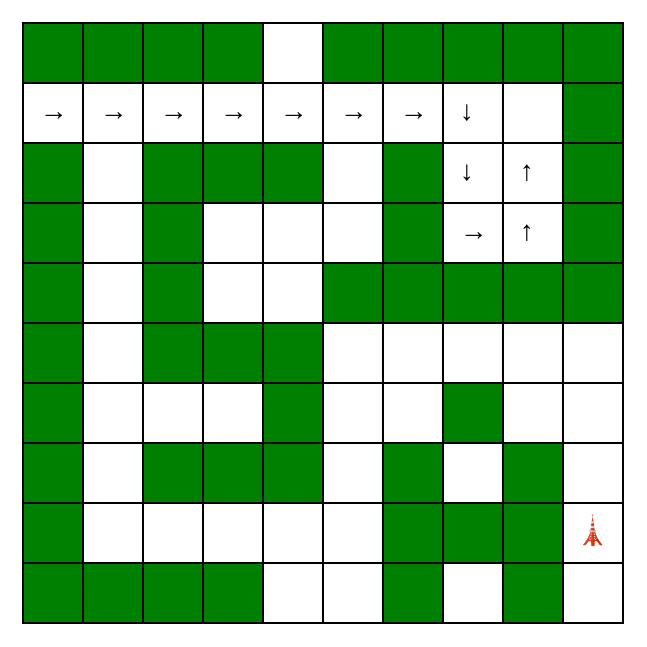
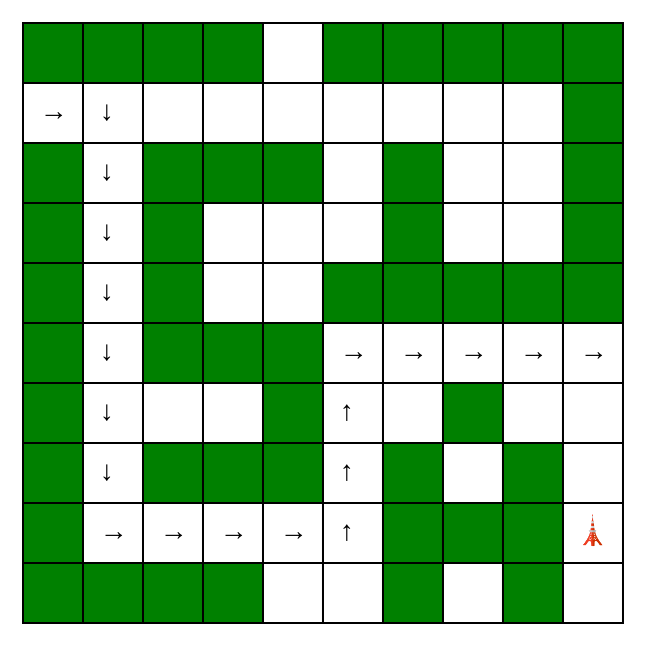
One commit to Changyue-Tan/COMP9024 changed the diagram in tut/week10/images/HtmlMaze_0062.dot. Above: the diagram before and after it, drawn with Graphviz. The commit also changed 342 other files, not shown here.

```diff
--- a/tut/week10/images/HtmlMaze_0062.dot
+++ b/tut/week10/images/HtmlMaze_0062.dot
@@ -1,126 +1,126 @@
 digraph maze { 
 Maze [shape=none, margin=0, label=< 
 <table border="0" cellborder="1" cellspacing="0" cellpadding="0"> 
 <tr> 
 <td width="30" height="30" bgcolor="green"></td> 
 <td width="30" height="30" bgcolor="green"></td> 
 <td width="30" height="30" bgcolor="green"></td> 
 <td width="30" height="30" bgcolor="green"></td> 
 <td width="30" height="30" bgcolor="white"></td> 
 <td width="30" height="30" bgcolor="green"></td> 
 <td width="30" height="30" bgcolor="green"></td> 
 <td width="30" height="30" bgcolor="green"></td> 
 <td width="30" height="30" bgcolor="green"></td> 
 <td width="30" height="30" bgcolor="green"></td> 
 </tr> 
 <tr> 
 <td width="30" height="30">&#x2192;</td> 
-<td width="30" height="30">&#x2192;</td> 
-<td width="30" height="30">&#x2192;</td> 
-<td width="30" height="30">&#x2192;</td> 
-<td width="30" height="30">&#x2192;</td> 
-<td width="30" height="30">&#x2192;</td> 
-<td width="30" height="30">&#x2192;</td> 
 <td width="30" height="30">&#x2193;</td> 
+<td width="30" height="30" bgcolor="white"></td> 
+<td width="30" height="30" bgcolor="white"></td> 
+<td width="30" height="30" bgcolor="white"></td> 
+<td width="30" height="30" bgcolor="white"></td> 
+<td width="30" height="30" bgcolor="white"></td> 
+<td width="30" height="30" bgcolor="white"></td> 
 <td width="30" height="30" bgcolor="white"></td> 
 <td width="30" height="30" bgcolor="green"></td> 
 </tr> 
 <tr> 
 <td width="30" height="30" bgcolor="green"></td> 
-<td width="30" height="30" bgcolor="white"></td> 
+<td width="30" height="30">&#x2193;</td> 
 <td width="30" height="30" bgcolor="green"></td> 
 <td width="30" height="30" bgcolor="green"></td> 
 <td width="30" height="30" bgcolor="green"></td> 
 <td width="30" height="30" bgcolor="white"></td> 
 <td width="30" height="30" bgcolor="green"></td> 
-<td width="30" height="30">&#x2193;</td> 
-<td width="30" height="30">&#x2191;</td> 
+<td width="30" height="30" bgcolor="white"></td> 
+<td width="30" height="30" bgcolor="white"></td> 
 <td width="30" height="30" bgcolor="green"></td> 
 </tr> 
 <tr> 
 <td width="30" height="30" bgcolor="green"></td> 
-<td width="30" height="30" bgcolor="white"></td> 
+<td width="30" height="30">&#x2193;</td> 
 <td width="30" height="30" bgcolor="green"></td> 
 <td width="30" height="30" bgcolor="white"></td> 
 <td width="30" height="30" bgcolor="white"></td> 
 <td width="30" height="30" bgcolor="white"></td> 
 <td width="30" height="30" bgcolor="green"></td> 
-<td width="30" height="30">&#x2192;</td> 
-<td width="30" height="30">&#x2191;</td> 
+<td width="30" height="30" bgcolor="white"></td> 
+<td width="30" height="30" bgcolor="white"></td> 
 <td width="30" height="30" bgcolor="green"></td> 
 </tr> 
 <tr> 
 <td width="30" height="30" bgcolor="green"></td> 
-<td width="30" height="30" bgcolor="white"></td> 
+<td width="30" height="30">&#x2193;</td> 
 <td width="30" height="30" bgcolor="green"></td> 
 <td width="30" height="30" bgcolor="white"></td> 
 <td width="30" height="30" bgcolor="white"></td> 
 <td width="30" height="30" bgcolor="green"></td> 
 <td width="30" height="30" bgcolor="green"></td> 
 <td width="30" height="30" bgcolor="green"></td> 
 <td width="30" height="30" bgcolor="green"></td> 
 <td width="30" height="30" bgcolor="green"></td> 
 </tr> 
 <tr> 
 <td width="30" height="30" bgcolor="green"></td> 
-<td width="30" height="30" bgcolor="white"></td> 
+<td width="30" height="30">&#x2193;</td> 
 <td width="30" height="30" bgcolor="green"></td> 
 <td width="30" height="30" bgcolor="green"></td> 
 <td width="30" height="30" bgcolor="green"></td> 
-<td width="30" height="30" bgcolor="white"></td> 
-<td width="30" height="30" bgcolor="white"></td> 
-<td width="30" height="30" bgcolor="white"></td> 
-<td width="30" height="30" bgcolor="white"></td> 
-<td width="30" height="30" bgcolor="white"></td> 
+<td width="30" height="30">&#x2192;</td> 
+<td width="30" height="30">&#x2192;</td> 
+<td width="30" height="30">&#x2192;</td> 
+<td width="30" height="30">&#x2192;</td> 
+<td width="30" height="30">&#x2192;</td> 
 </tr> 
 <tr> 
 <td width="30" height="30" bgcolor="green"></td> 
-<td width="30" height="30" bgcolor="white"></td> 
+<td width="30" height="30">&#x2193;</td> 
 <td width="30" height="30" bgcolor="white"></td> 
 <td width="30" height="30" bgcolor="white"></td> 
 <td width="30" height="30" bgcolor="green"></td> 
-<td width="30" height="30" bgcolor="white"></td> 
+<td width="30" height="30">&#x2191;</td> 
 <td width="30" height="30" bgcolor="white"></td> 
 <td width="30" height="30" bgcolor="green"></td> 
 <td width="30" height="30" bgcolor="white"></td> 
 <td width="30" height="30" bgcolor="white"></td> 
 </tr> 
 <tr> 
 <td width="30" height="30" bgcolor="green"></td> 
-<td width="30" height="30" bgcolor="white"></td> 
+<td width="30" height="30">&#x2193;</td> 
 <td width="30" height="30" bgcolor="green"></td> 
 <td width="30" height="30" bgcolor="green"></td> 
 <td width="30" height="30" bgcolor="green"></td> 
-<td width="30" height="30" bgcolor="white"></td> 
+<td width="30" height="30">&#x2191;</td> 
 <td width="30" height="30" bgcolor="green"></td> 
 <td width="30" height="30" bgcolor="white"></td> 
 <td width="30" height="30" bgcolor="green"></td> 
 <td width="30" height="30" bgcolor="white"></td> 
 </tr> 
 <tr> 
 <td width="30" height="30" bgcolor="green"></td> 
-<td width="30" height="30" bgcolor="white"></td> 
-<td width="30" height="30" bgcolor="white"></td> 
-<td width="30" height="30" bgcolor="white"></td> 
-<td width="30" height="30" bgcolor="white"></td> 
-<td width="30" height="30" bgcolor="white"></td> 
+<td width="30" height="30">&#x2192;</td> 
+<td width="30" height="30">&#x2192;</td> 
+<td width="30" height="30">&#x2192;</td> 
+<td width="30" height="30">&#x2192;</td> 
+<td width="30" height="30">&#x2191;</td> 
 <td width="30" height="30" bgcolor="green"></td> 
 <td width="30" height="30" bgcolor="green"></td> 
 <td width="30" height="30" bgcolor="green"></td> 
 <td width="30" height="30">&#128508;</td> 
 </tr> 
 <tr> 
 <td width="30" height="30" bgcolor="green"></td> 
 <td width="30" height="30" bgcolor="green"></td> 
 <td width="30" height="30" bgcolor="green"></td> 
 <td width="30" height="30" bgcolor="green"></td> 
 <td width="30" height="30" bgcolor="white"></td> 
 <td width="30" height="30" bgcolor="white"></td> 
 <td width="30" height="30" bgcolor="green"></td> 
 <td width="30" height="30" bgcolor="white"></td> 
 <td width="30" height="30" bgcolor="green"></td> 
 <td width="30" height="30" bgcolor="white"></td> 
 </tr> 
 </table> 
   >]; 
 } 
```
